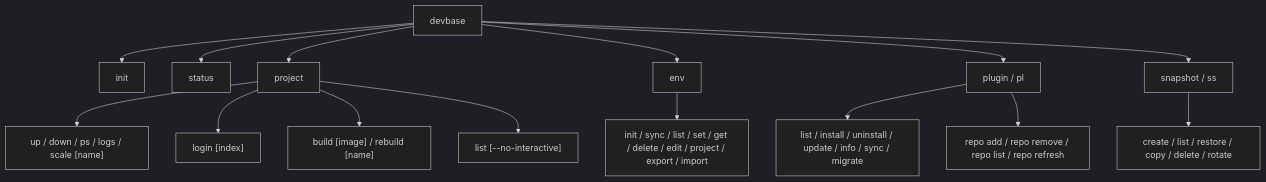
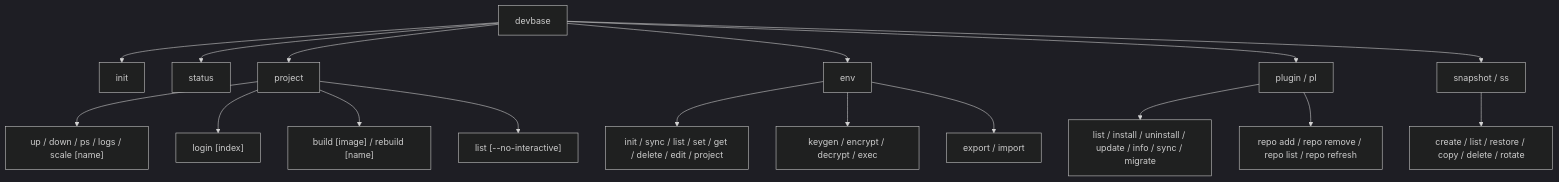
The diagram in docs/user/cli-reference/README.md (devbasex/devbase), drawn with Mermaid (dark theme) before and after one commit. The commit also changed other lines of this file and 17 other files, not shown here.

````diff
--- a/docs/user/cli-reference/README.md
+++ b/docs/user/cli-reference/README.md
@@ -17,17 +17,19 @@
 ```mermaid
 graph TD
     A[devbase] --> B[init]
     A --> C[status]
     A --> D[project]
     A --> E[env]
     A --> F[plugin / pl]
     A --> G[snapshot / ss]
     D --> D1["up / down / ps / logs / scale [name]"]
     D --> D3["login [index]"]
     D --> D4["build [image] / rebuild [name]"]
     D --> D2["list [--no-interactive]"]
-    E --> E1[init / sync / list / set / get / delete / edit / project / export / import]
+    E --> E1[init / sync / list / set / get / delete / edit / project]
+    E --> E2[keygen / encrypt / decrypt / exec]
+    E --> E3[export / import]
     F --> F1[list / install / uninstall / update / info / sync / migrate]
     F --> F2[repo add / repo remove / repo list / repo refresh]
     G --> G1[create / list / restore / copy / delete / rotate]
 ```
````
